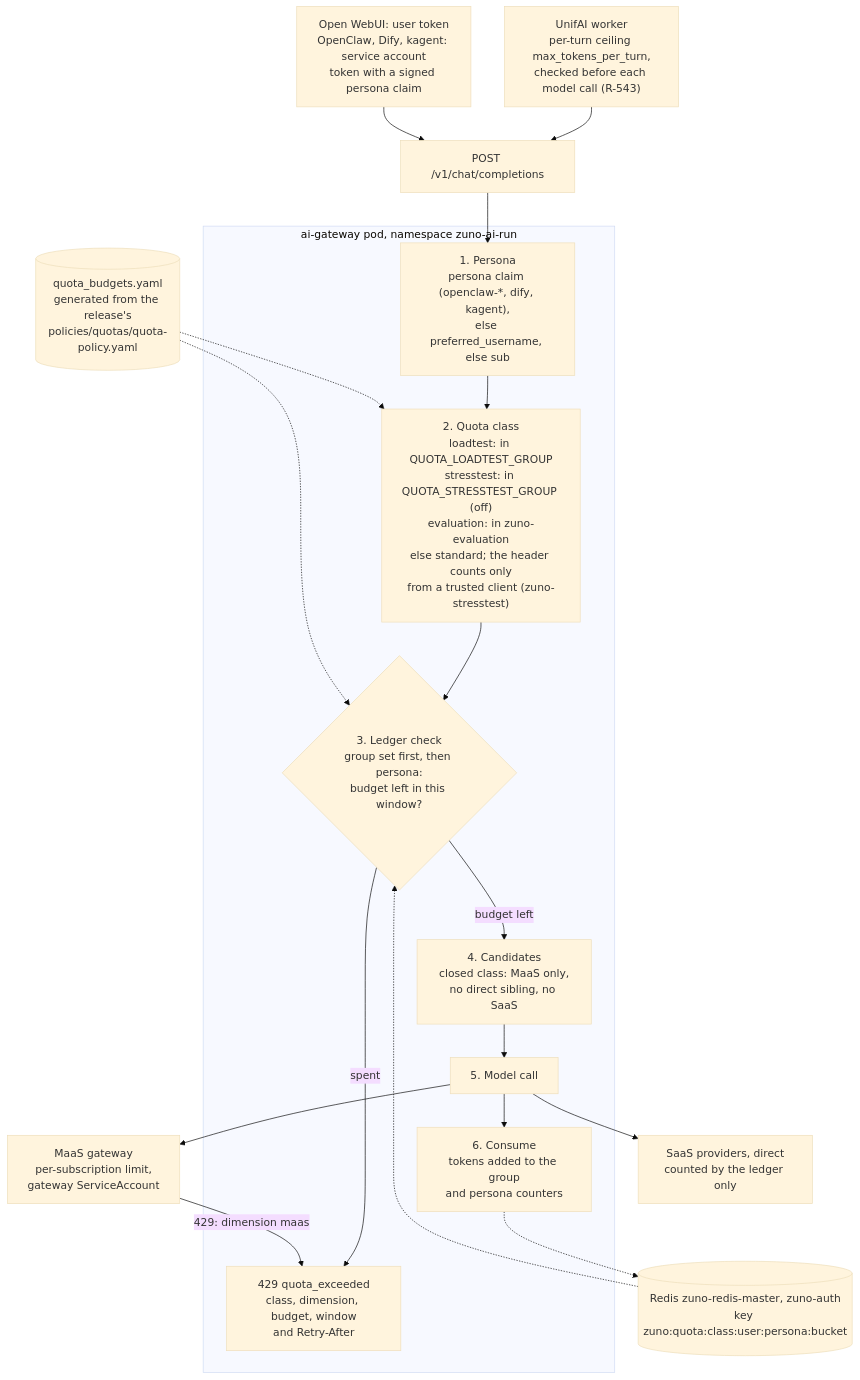
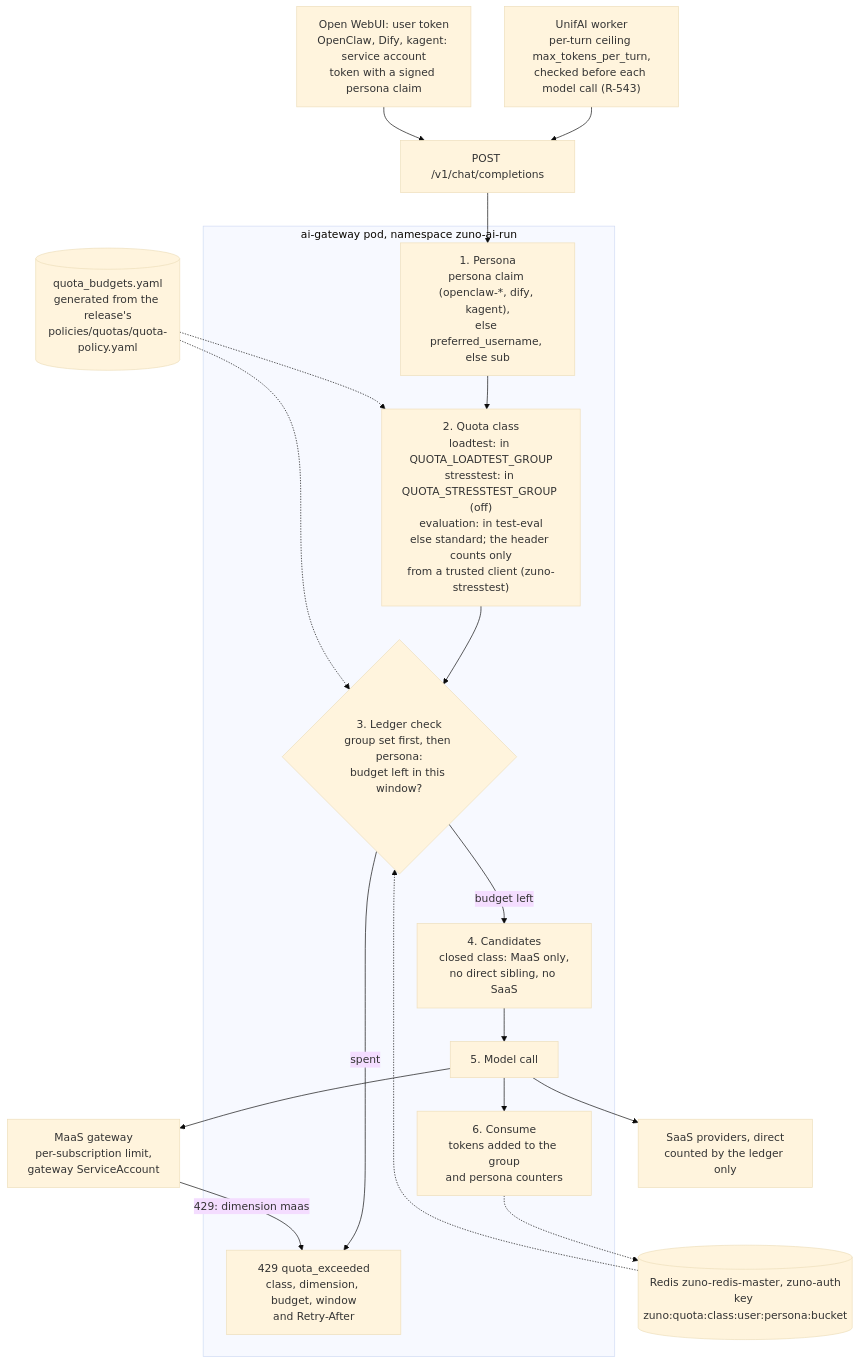
Before and after one commit to startxfr/zuno-demo: the second of 2 diagrams in docs/demo/scenarios/governance/quotas.md, drawn with Mermaid (base theme). The commit also changed other lines of this file and 94 other files, not shown here.

First line of the commit message:
feat(test-accounts): every test account is test-<type>-<name> with the marker group of its type (WP-333, ADR-0630)

````diff
--- a/docs/demo/scenarios/governance/quotas.md
+++ b/docs/demo/scenarios/governance/quotas.md
@@ -292,30 +292,30 @@
 ```mermaid
 flowchart TB
   UNIFAI["UnifAI worker<br/>per-turn ceiling max_tokens_per_turn,<br/>checked before each model call (R-543)"]
   OTHER["Open WebUI: user token<br/>OpenClaw, Dify, kagent: service account<br/>token with a signed persona claim"]
   REQ["POST /v1/chat/completions"]
   subgraph GW["ai-gateway pod, namespace zuno-ai-run"]
     ID["1. Persona<br/>persona claim (openclaw-*, dify, kagent),<br/>else preferred_username, else sub"]
-    CLS["2. Quota class<br/>loadtest: in QUOTA_LOADTEST_GROUP<br/>stresstest: in QUOTA_STRESSTEST_GROUP (off)<br/>evaluation: in zuno-evaluation<br/>else standard; the header counts only<br/>from a trusted client (zuno-stresstest)"]
+    CLS["2. Quota class<br/>loadtest: in QUOTA_LOADTEST_GROUP<br/>stresstest: in QUOTA_STRESSTEST_GROUP (off)<br/>evaluation: in test-eval<br/>else standard; the header counts only<br/>from a trusted client (zuno-stresstest)"]
     CHK{"3. Ledger check<br/>group set first, then persona:<br/>budget left in this window?"}
     D429["429 quota_exceeded<br/>class, dimension, budget, window<br/>and Retry-After"]
     ROUTE["4. Candidates<br/>closed class: MaaS only,<br/>no direct sibling, no SaaS"]
     CALL["5. Model call"]
     CONS["6. Consume<br/>tokens added to the group<br/>and persona counters"]
   end
   POL[("quota_budgets.yaml<br/>generated from the release's<br/>policies/quotas/quota-policy.yaml")]
   REDIS[("Redis zuno-redis-master, zuno-auth<br/>key zuno:quota:class:user:persona:bucket")]
   MAAS["MaaS gateway<br/>per-subscription limit,<br/>gateway ServiceAccount"]
   SAAS["SaaS providers, direct<br/>counted by the ledger only"]
 
   UNIFAI & OTHER --> REQ --> ID --> CLS --> CHK
   CHK -- "spent" --> D429
   CHK -- "budget left" --> ROUTE --> CALL --> CONS
   CALL --> MAAS
   CALL --> SAAS
   MAAS -- "429: dimension maas" --> D429
   POL -.-> CLS
   POL -.-> CHK
   REDIS -.-> CHK
   CONS -.-> REDIS
 ```
````
